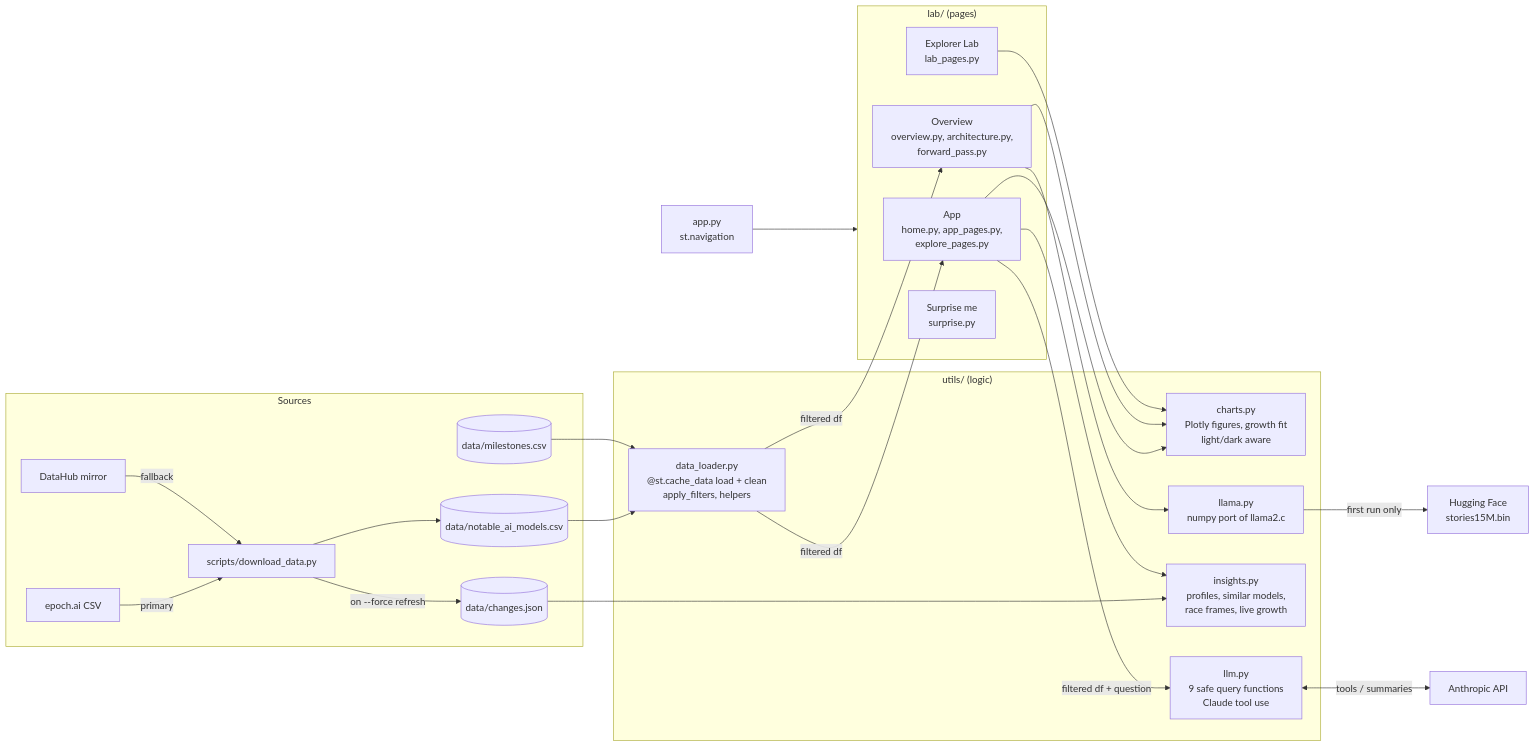
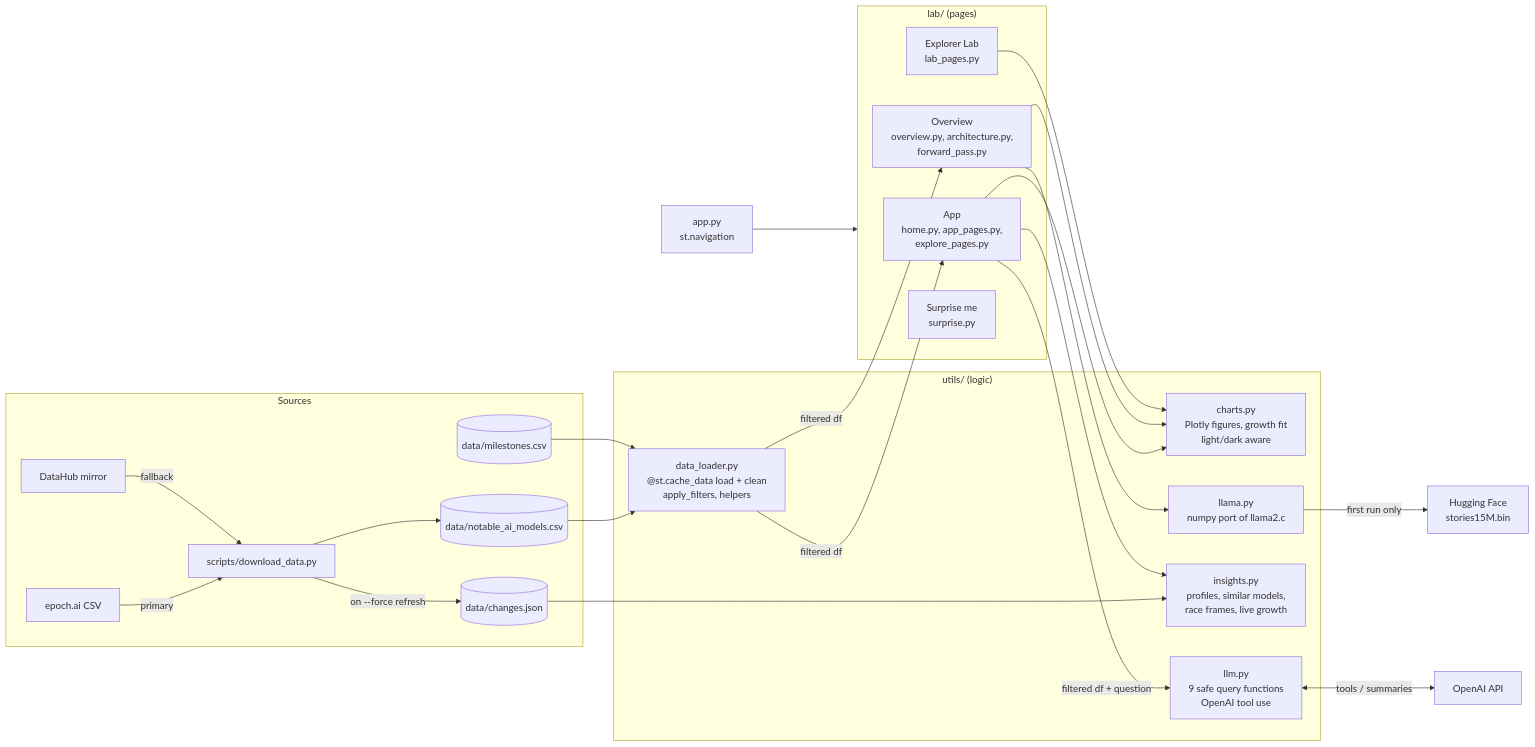
Before and after one commit to ashutoshkaushik/ai-model-explorer: the diagram in README.md, drawn with Mermaid. The commit also changed other lines of this file and 13 other files, not shown here.

````diff
--- a/README.md
+++ b/README.md
@@ -53,40 +53,40 @@
 ```mermaid
 flowchart LR
     subgraph Sources
         E[epoch.ai CSV] -->|primary| DL
         D[DataHub mirror] -->|fallback| DL
         DL[scripts/download_data.py] --> CSV[(data/notable_ai_models.csv)]
         DL -->|on --force refresh| CHG[(data/changes.json)]
         MS[(data/milestones.csv)]
     end
 
     subgraph utils["utils/ (logic)"]
         LOAD["data_loader.py<br/>@st.cache_data load + clean<br/>apply_filters, helpers"]
         CH["charts.py<br/>Plotly figures, growth fit<br/>light/dark aware"]
-        LLM["llm.py<br/>9 safe query functions<br/>Claude tool use"]
+        LLM["llm.py<br/>9 safe query functions<br/>OpenAI tool use"]
         INS["insights.py<br/>profiles, similar models,<br/>race frames, live growth"]
         LL["llama.py<br/>numpy port of llama2.c"]
     end
 
     subgraph pages["lab/ (pages)"]
         P1["App<br/>home.py, app_pages.py,<br/>explore_pages.py"]
         P2["Overview<br/>overview.py, architecture.py,<br/>forward_pass.py"]
         P3["Explorer Lab<br/>lab_pages.py"]
         P4["Surprise me<br/>surprise.py"]
     end
 
     CSV --> LOAD
     MS --> LOAD
     CHG --> INS
     APP["app.py<br/>st.navigation"] --> pages
     LOAD -->|filtered df| P1
     LOAD -->|filtered df| P2
     P1 --> CH
     P1 --> INS
     P2 --> CH
     P2 --> LL
     P3 --> CH
     P1 -->|filtered df + question| LLM
-    LLM <-->|tools / summaries| API[Anthropic API]
+    LLM <-->|tools / summaries| API[OpenAI API]
     LL -->|first run only| HF[Hugging Face<br/>stories15M.bin]
 ```
````
